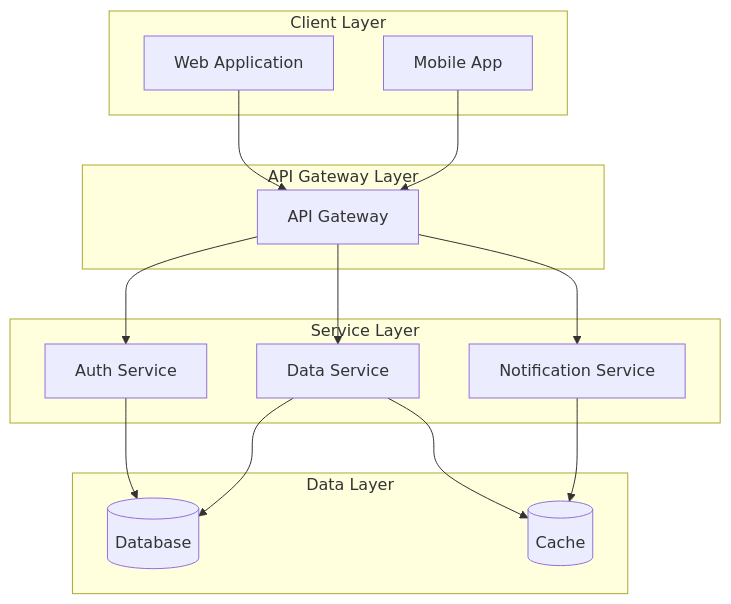
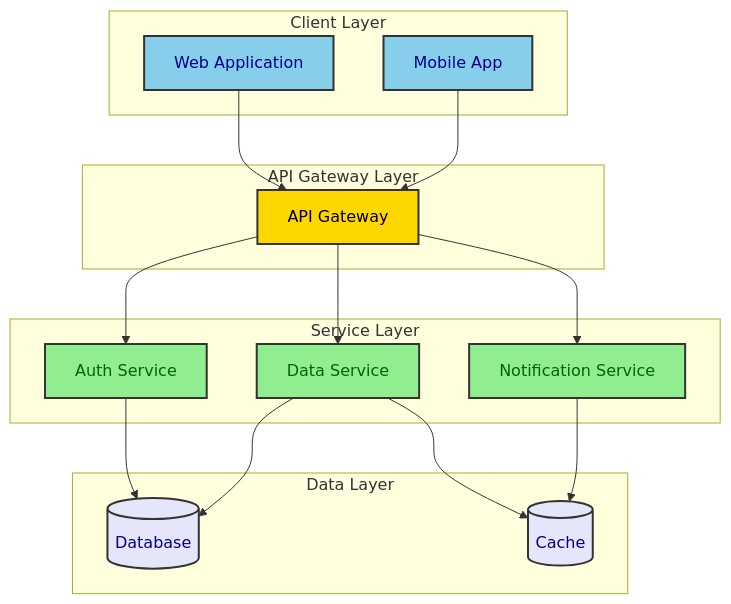
Before and after one commit to kasiopeiya/claude-dev-template: the second of 7 diagrams in .claude/skills/design-doc-mermaid/assets/architecture-design-template.md, drawn with Mermaid. The commit also changed other lines of this file and 5 other files, not shown here.

````diff
--- a/.claude/skills/design-doc-mermaid/assets/architecture-design-template.md
+++ b/.claude/skills/design-doc-mermaid/assets/architecture-design-template.md
@@ -87,33 +87,43 @@
 ```mermaid
 graph TB
     subgraph "Client Layer"
         WebApp[Web Application]
         MobileApp[Mobile App]
     end
 
     subgraph "API Gateway Layer"
         Gateway[API Gateway]
     end
 
     subgraph "Service Layer"
         AuthService[Auth Service]
         DataService[Data Service]
         NotificationService[Notification Service]
     end
 
     subgraph "Data Layer"
         DB[(Database)]
         Cache[(Cache)]
     end
 
     WebApp --> Gateway
     MobileApp --> Gateway
     Gateway --> AuthService
     Gateway --> DataService
     Gateway --> NotificationService
 
     AuthService --> DB
     DataService --> DB
     DataService --> Cache
     NotificationService --> Cache
+
+    classDef client fill:#87CEEB,stroke:#333,stroke-width:2px,color:darkblue
+    classDef edge fill:#FFD700,stroke:#333,stroke-width:2px,color:black
+    classDef service fill:#90EE90,stroke:#333,stroke-width:2px,color:darkgreen
+    classDef store fill:#E6E6FA,stroke:#333,stroke-width:2px,color:darkblue
+
+    class WebApp,MobileApp client
+    class Gateway edge
+    class AuthService,DataService,NotificationService service
+    class DB,Cache store
 ```
````
